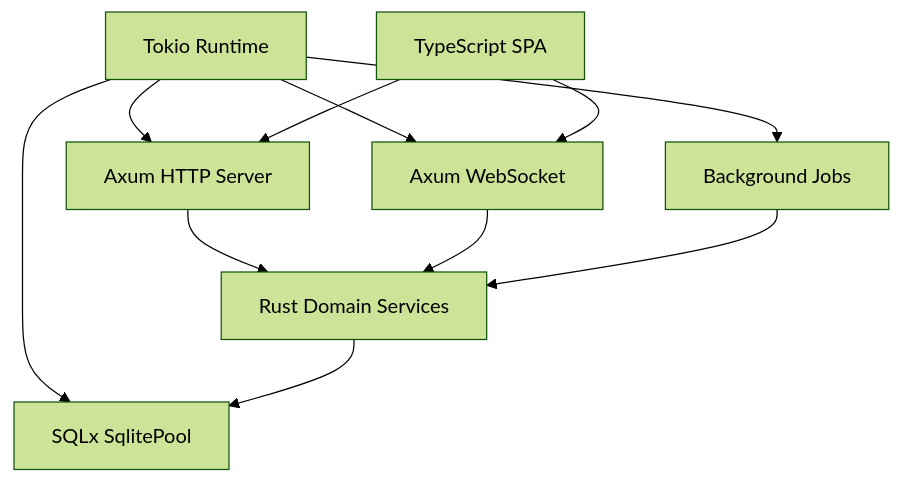
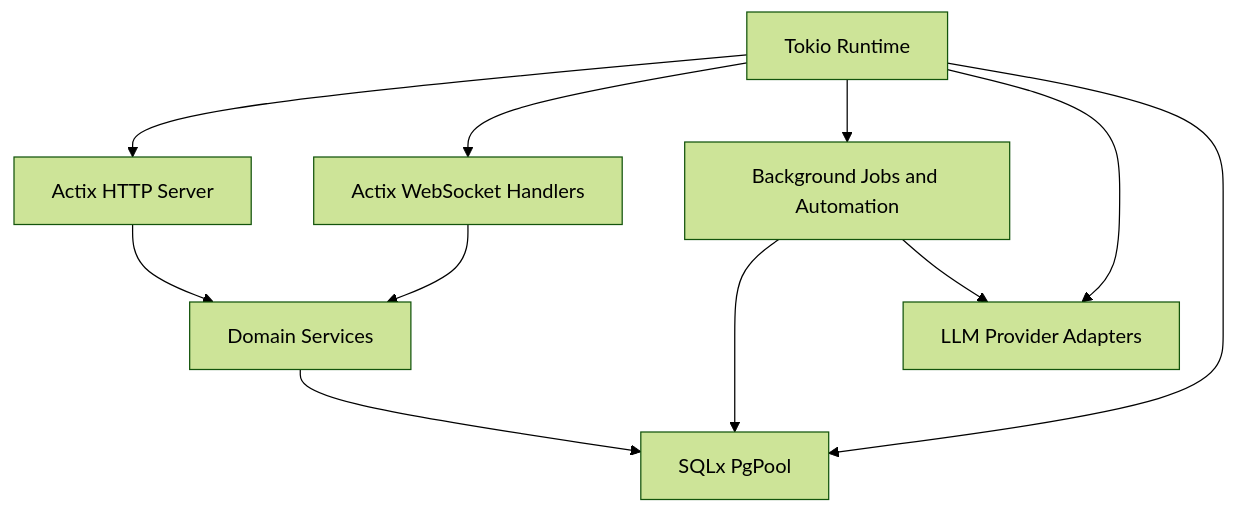
One commit to lkjsxc/kjxlkj changed the diagram in docs/spec/architecture/runtime.md. Above: the diagram before and after it, drawn with Mermaid (forest theme). The commit also changed other lines of this file and 174 other files, not shown here.

````diff
--- a/docs/spec/architecture/runtime.md
+++ b/docs/spec/architecture/runtime.md
@@ -10,14 +7,15 @@
 ```mermaid
 graph TD
  RT[Tokio Runtime]
- RT --> HTTP[Axum HTTP Server]
- RT --> WS[Axum WebSocket]
- RT --> BG[Background Jobs]
- RT --> DBPOOL[SQLx SqlitePool]
- UI[TypeScript SPA] --> HTTP
- UI --> WS
- HTTP --> CORE[Rust Domain Services]
+ RT --> HTTP[Actix HTTP Server]
+ RT --> WS[Actix WebSocket Handlers]
+ RT --> BG[Background Jobs and Automation]
+ RT --> LLM[LLM Provider Adapters]
+ RT --> DBPOOL[SQLx PgPool]
+
+ HTTP --> CORE[Domain Services]
  WS --> CORE
  CORE --> DBPOOL
- BG --> CORE
+ BG --> DBPOOL
+ BG --> LLM
 ```
````
